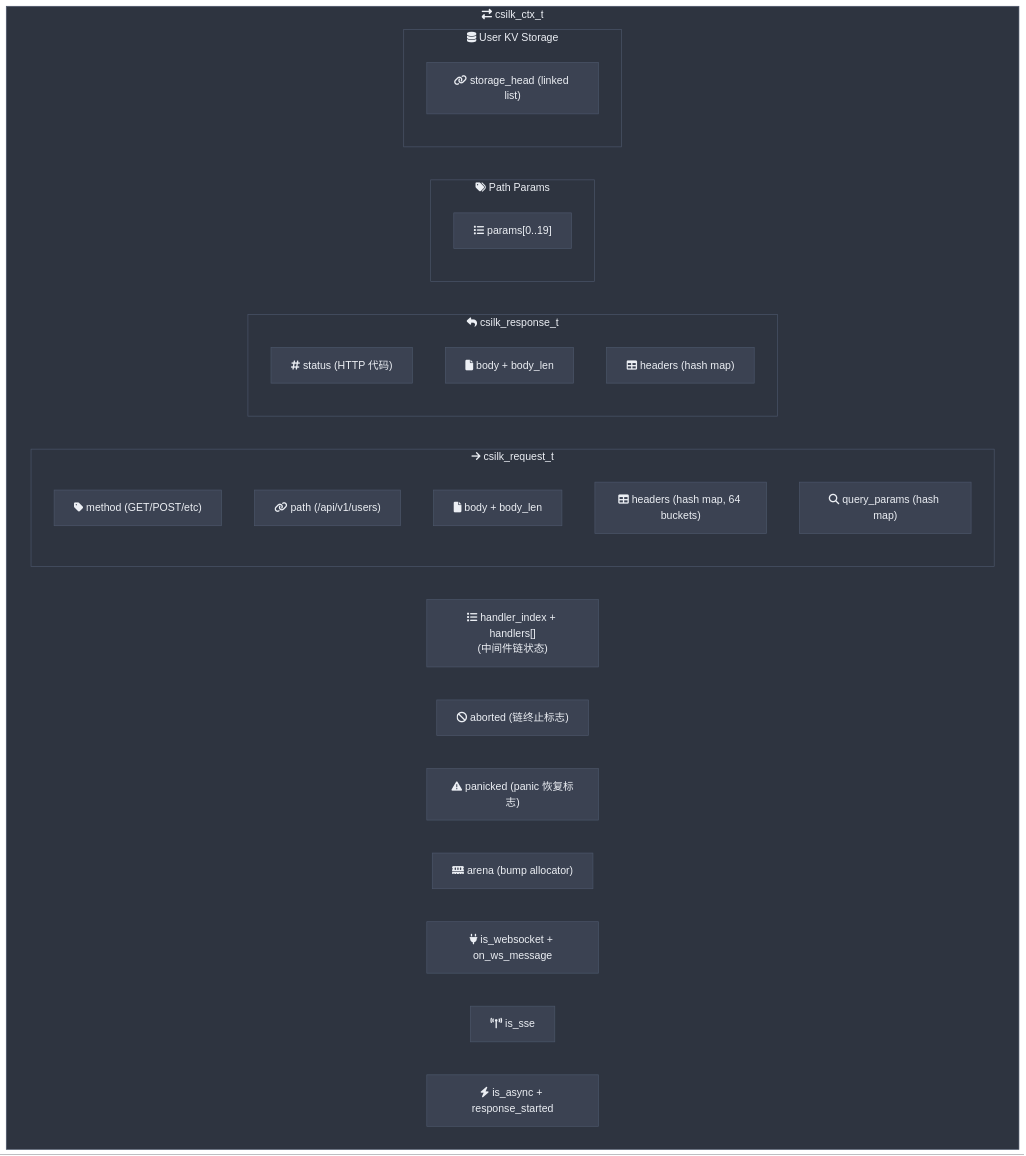
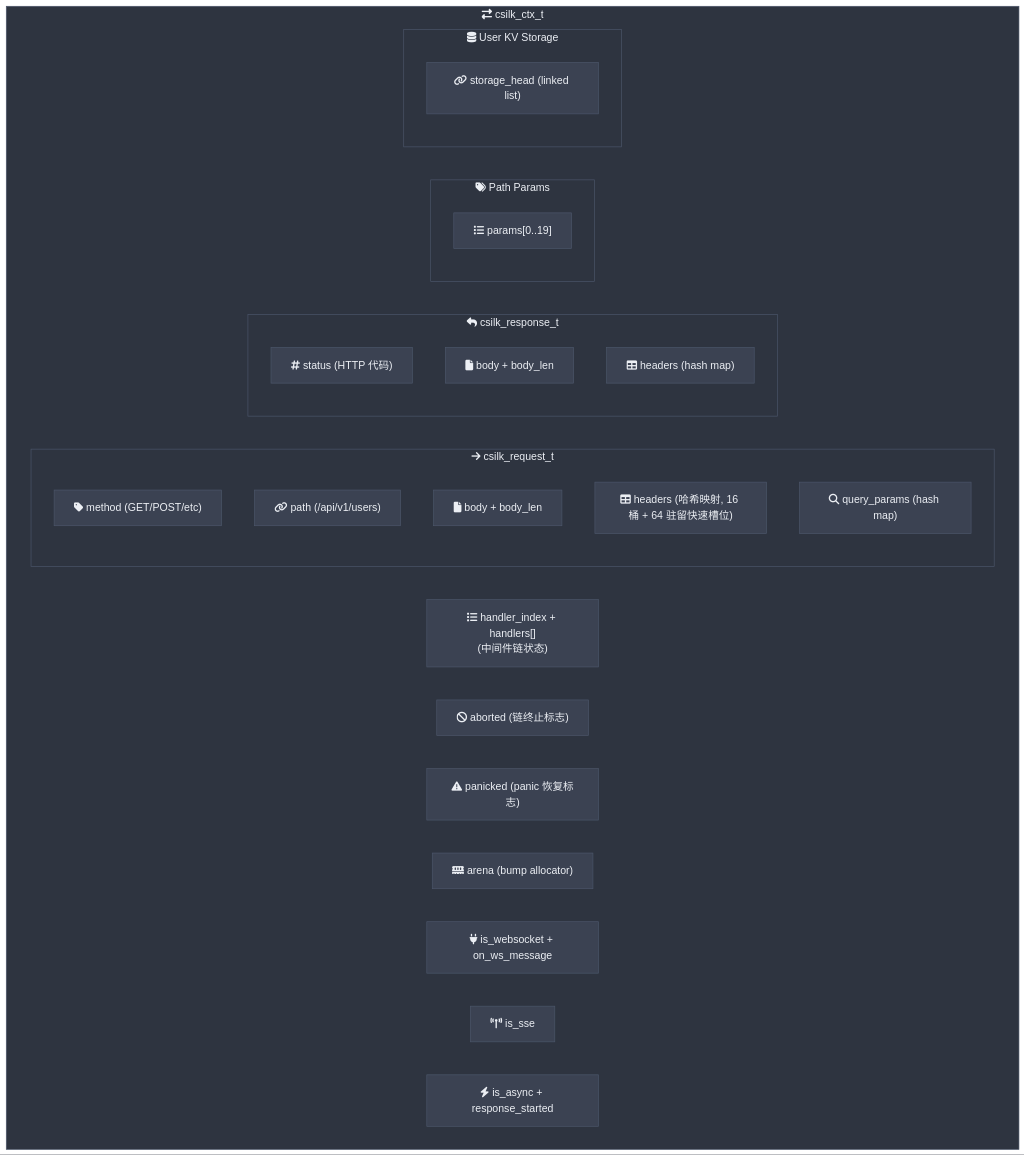
Before and after one commit to quintin-lee/csilk: the first of 5 diagrams in docs/zh-CN/module-design/context.md, drawn with Mermaid. The commit also changed 8 other files, not shown here.

````diff
--- a/docs/zh-CN/module-design/context.md
+++ b/docs/zh-CN/module-design/context.md
@@ -7,57 +7,57 @@
 ```mermaid
 %%{init: {
   'theme': 'base',
   'themeVariables': {
     'background': '#2E3440',
     'primaryColor': '#81A1C1',
     'primaryBorderColor': '#4C566A',
     'primaryTextColor': '#ECEFF4',
     'secondaryColor': '#3B4252',
     'secondaryBorderColor': '#434C5E',
     'secondaryTextColor': '#D8DEE9',
     'lineColor': '#81A1C1',
     'textColor': '#ECEFF4',
     'mainBkg': '#3B4252',
     'nodeBorder': '#4C566A',
     'clusterBkg': '#2E3440',
     'clusterBorder': '#4C566A',
     'titleColor': '#ECEFF4',
     'edgeLabelBackground': '#3B4252',
     'nodeTextColor': '#ECEFF4'
   },
   'flowchart': {'htmlLabels': true, 'curve': 'basis'}
 }}%%
 flowchart TB
     subgraph ctx_t["fa:fa-exchange-alt csilk_ctx_t"]
         HW["fa:fa-list handler_index + handlers[]<br/>(中间件链状态)"]
         AB["fa:fa-ban aborted (链终止标志)"]
         PN["fa:fa-exclamation-triangle panicked (panic 恢复标志)"]
 
         subgraph Request["fa:fa-arrow-right csilk_request_t"]
             RM["fa:fa-tag method (GET/POST/etc)"]
             RP["fa:fa-link path (/api/v1/users)"]
             RB["fa:fa-file body + body_len"]
-            RH["fa:fa-table headers (hash map, 64 buckets)"]
+            RH["fa:fa-table headers (哈希映射, 16 桶 + 64 驻留快速槽位)"]
             RQ["fa:fa-search query_params (hash map)"]
         end
 
         subgraph Response["fa:fa-reply csilk_response_t"]
             RS["fa:fa-hashtag status (HTTP 代码)"]
             RBODY["fa:fa-file body + body_len"]
             RH2["fa:fa-table headers (hash map)"]
         end
 
         subgraph Params["fa:fa-tags Path Params"]
             P1["fa:fa-list params[0..19]"]
         end
 
         subgraph Storage["fa:fa-database User KV Storage"]
             ST["fa:fa-link storage_head (linked list)"]
         end
 
         AR["fa:fa-memory arena (bump allocator)"]
         WS["fa:fa-plug is_websocket + on_ws_message"]
         SE["fa:fa-broadcast-tower is_sse"]
         AS["fa:fa-bolt is_async + response_started"]
     end
 ```
````
